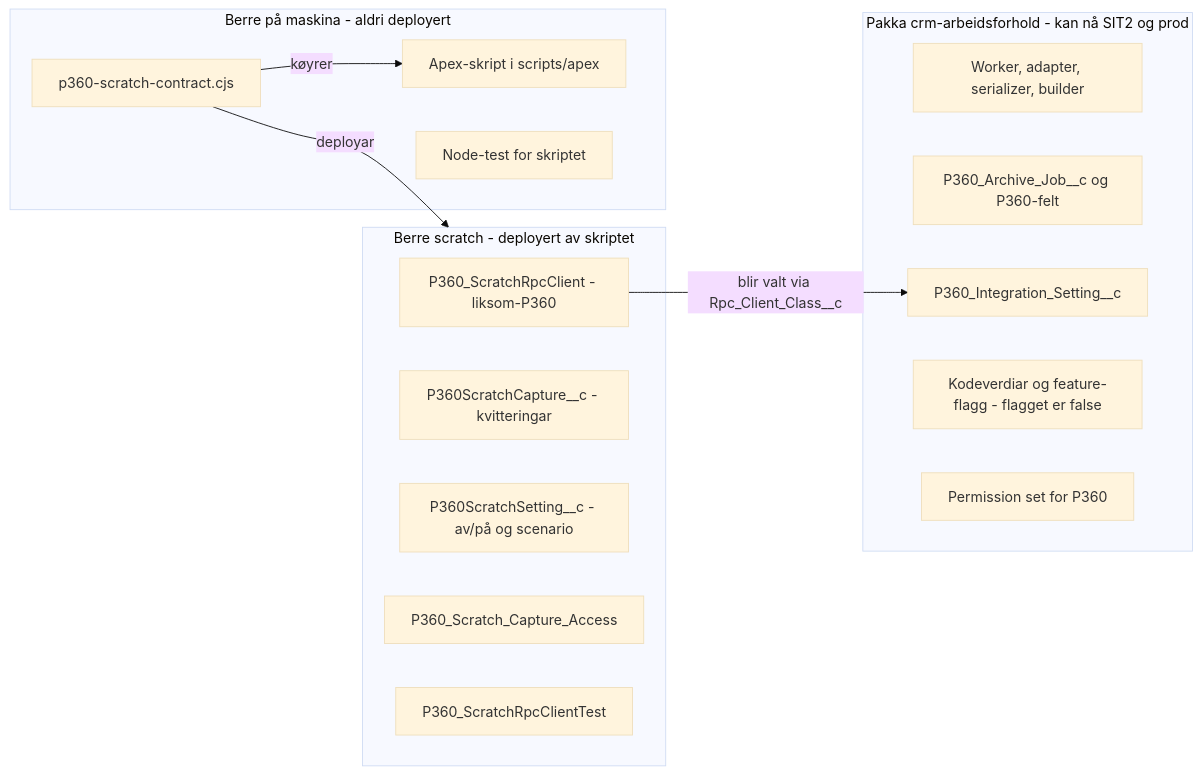
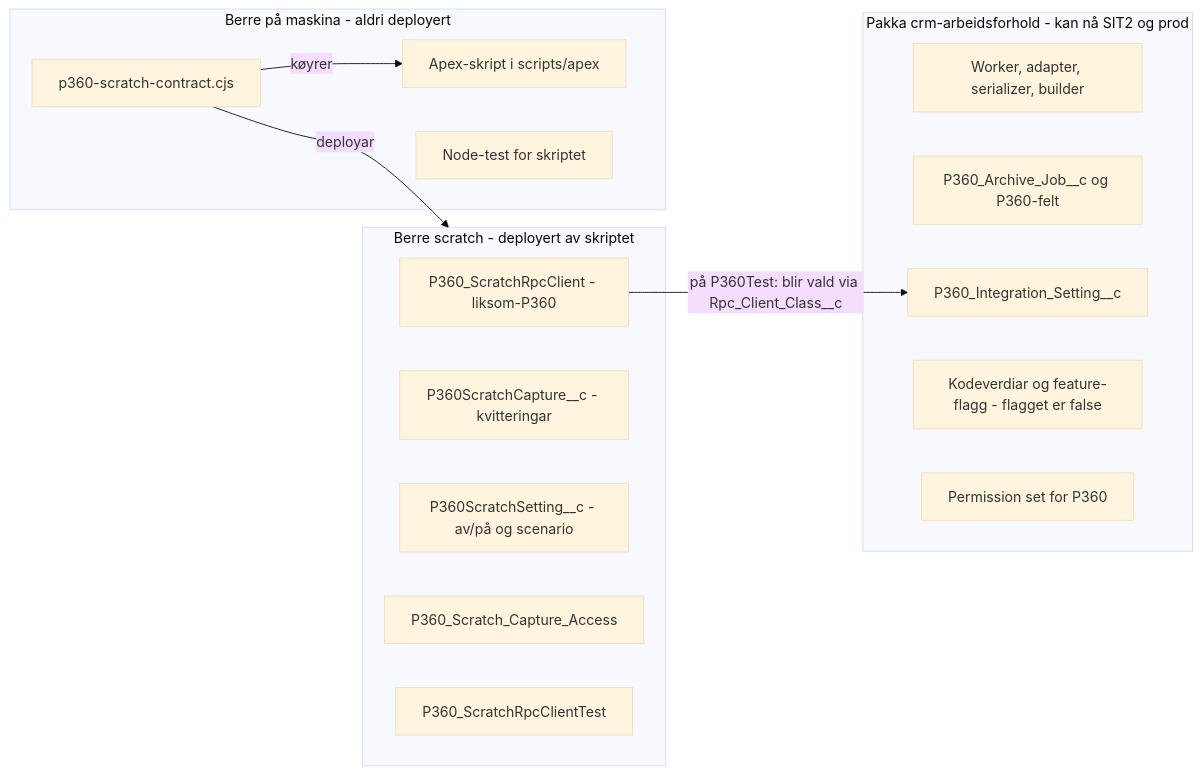
The second of 3 diagrams in docs/integrations/p360/scratch-brukarguide.md (navikt/crm-arbeidsforhold), drawn with Mermaid (base theme) before and after one commit. The commit also changed other lines of this file and 23 other files, not shown here.

````diff
--- a/docs/integrations/p360/scratch-brukarguide.md
+++ b/docs/integrations/p360/scratch-brukarguide.md
@@ -161,25 +169,25 @@
 ```mermaid
 flowchart LR
     subgraph Pakke["Pakka crm-arbeidsforhold - kan nå SIT2 og prod"]
         P1["Worker, adapter, serializer, builder"]
         P2["P360_Archive_Job__c og P360-felt"]
         P3["P360_Integration_Setting__c"]
         P4["Kodeverdiar og feature-flagg - flagget er false"]
         P5["Permission set for P360"]
     end
     subgraph Scratch["Berre scratch - deployert av skriptet"]
         S1["P360_ScratchRpcClient - liksom-P360"]
         S2["P360ScratchCapture__c - kvitteringar"]
         S3["P360ScratchSetting__c - av/på og scenario"]
         S4["P360_Scratch_Capture_Access"]
         S5["P360_ScratchRpcClientTest"]
     end
     subgraph Lokalt["Berre på maskina - aldri deployert"]
         L1["p360-scratch-contract.cjs"]
         L2["Apex-skript i scripts/apex"]
         L3["Node-test for skriptet"]
     end
     L1 -->|"deployar"| Scratch
     L1 -->|"køyrer"| L2
-    S1 -->|"blir valt via Rpc_Client_Class__c"| P3
+    S1 -->|"på P360Test: blir vald via Rpc_Client_Class__c"| P3
 ```
````
